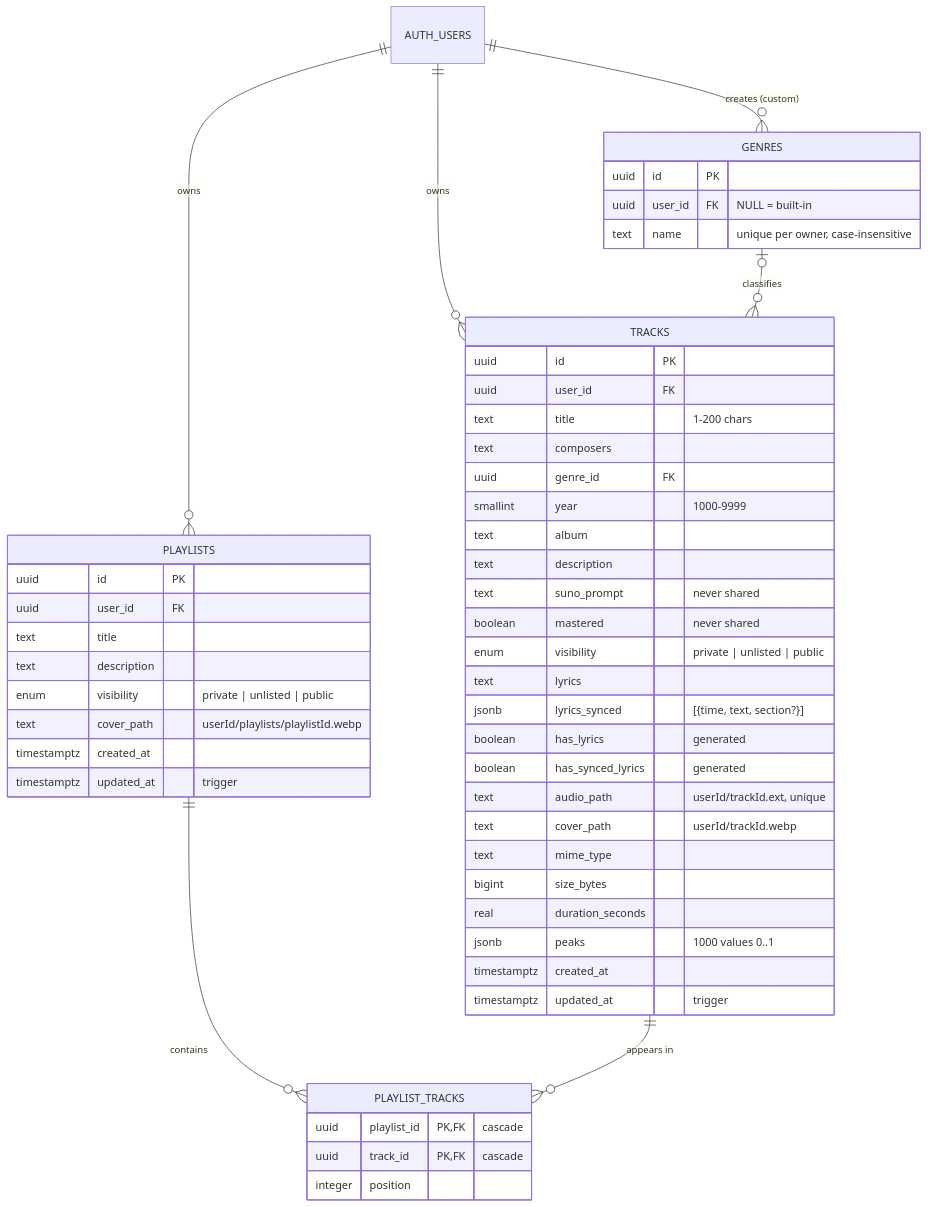
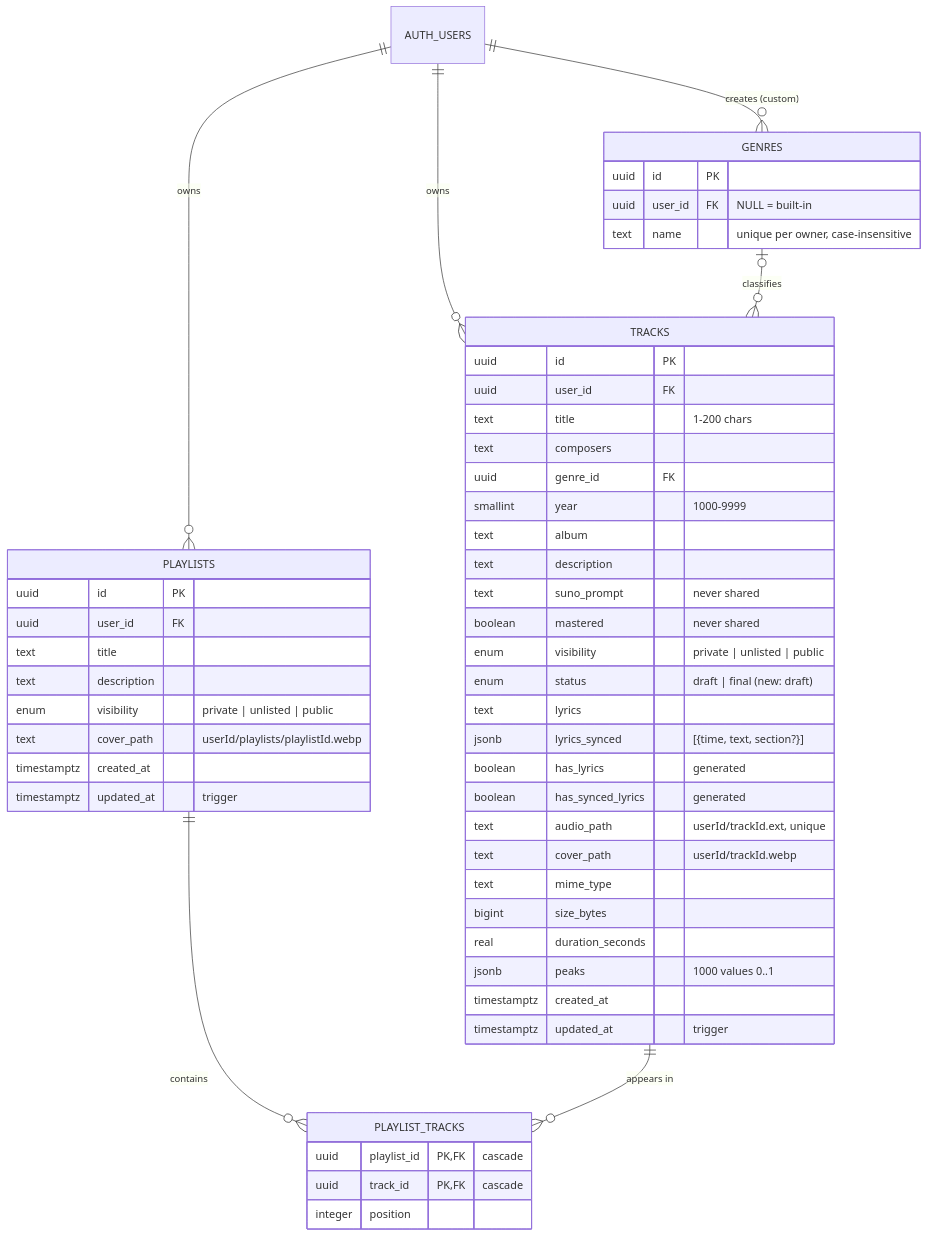
Diagram 13 of 13 in README.md (alesssz/Chronovault), drawn with Mermaid before and after one commit. The commit also changed other lines of this file and 22 other files, not shown here.

First line of the commit message:
Mark tracks as draft or final, with bulk actions and feedback sharing

````diff
--- a/README.md
+++ b/README.md
@@ -758,55 +779,56 @@
 ```mermaid
 erDiagram
   AUTH_USERS ||--o{ TRACKS : owns
   AUTH_USERS ||--o{ GENRES : "creates (custom)"
   GENRES |o--o{ TRACKS : classifies
   AUTH_USERS ||--o{ PLAYLISTS : owns
   PLAYLISTS ||--o{ PLAYLIST_TRACKS : contains
   TRACKS ||--o{ PLAYLIST_TRACKS : "appears in"
 
   TRACKS {
     uuid id PK
     uuid user_id FK
     text title "1-200 chars"
     text composers
     uuid genre_id FK
     smallint year "1000-9999"
     text album
     text description
     text suno_prompt "never shared"
     boolean mastered "never shared"
     enum visibility "private | unlisted | public"
+    enum status "draft | final (new: draft)"
     text lyrics
     jsonb lyrics_synced "[{time, text, section?}]"
     boolean has_lyrics "generated"
     boolean has_synced_lyrics "generated"
     text audio_path "userId/trackId.ext, unique"
     text cover_path "userId/trackId.webp"
     text mime_type
     bigint size_bytes
     real duration_seconds
     jsonb peaks "1000 values 0..1"
     timestamptz created_at
     timestamptz updated_at "trigger"
   }
   GENRES {
     uuid id PK
     uuid user_id FK "NULL = built-in"
     text name "unique per owner, case-insensitive"
   }
   PLAYLISTS {
     uuid id PK
     uuid user_id FK
     text title
     text description
     enum visibility "private | unlisted | public"
     text cover_path "userId/playlists/playlistId.webp"
     timestamptz created_at
     timestamptz updated_at "trigger"
   }
   PLAYLIST_TRACKS {
     uuid playlist_id PK, FK "cascade"
     uuid track_id PK, FK "cascade"
     integer position
   }
 ```
````
